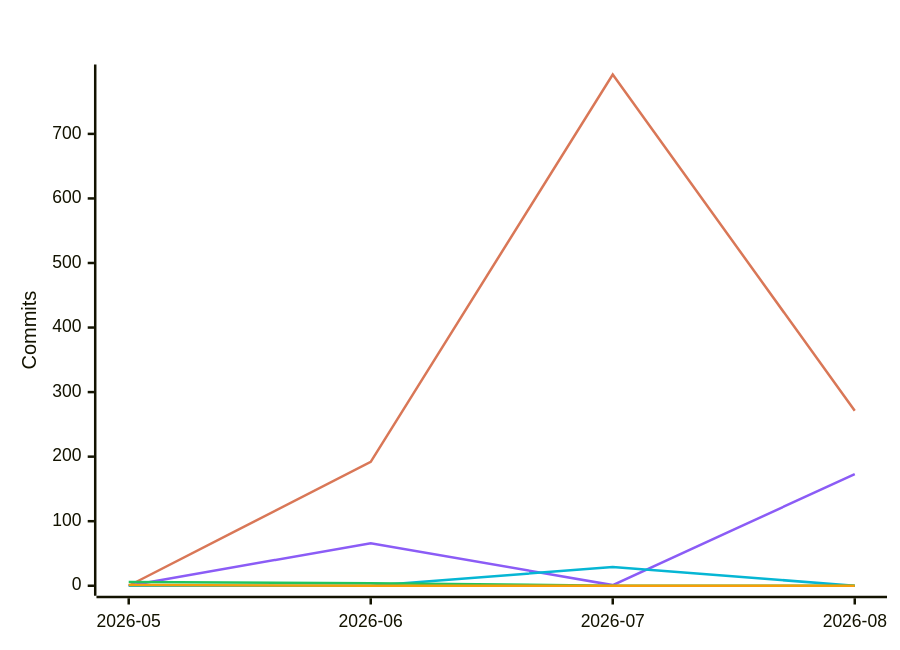
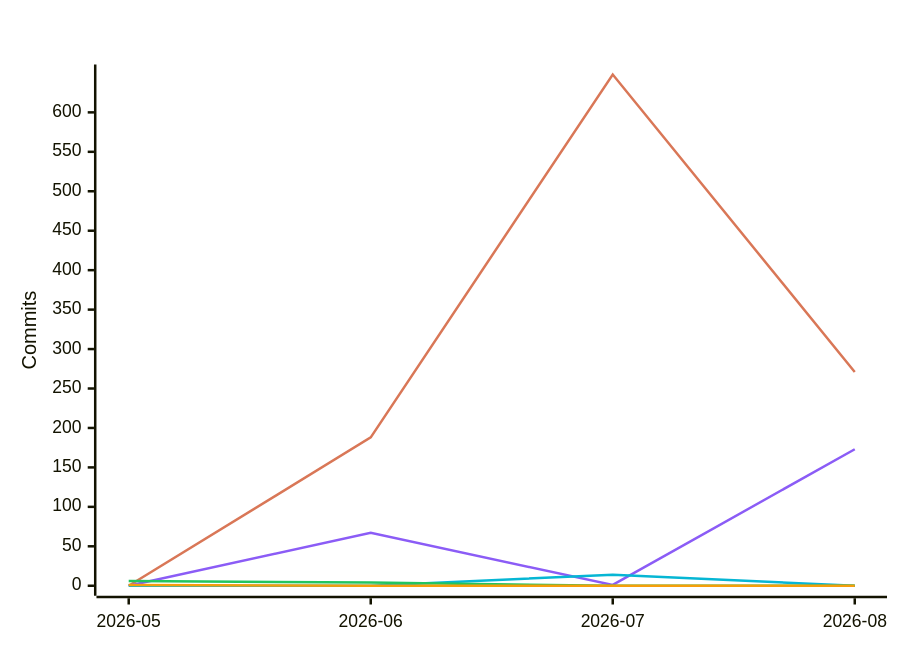
Before and after one commit to polo-nyan/polo-nyan: the fifth of 7 diagrams in README.md, drawn with Mermaid. The commit also changed other lines of this file and 1 other file, not shown here.

````diff
--- a/README.md
+++ b/README.md
@@ -313,12 +313,12 @@
 ```mermaid
 %%{init: {"xyChart": {"titleColor": "#ffffff", "xAxisLabelColor": "#ffffff", "yAxisLabelColor": "#ffffff"}, "themeVariables": {"xyChart": {"titleColor": "#ffffff", "plotColorPalette": "#d97757, #8b5cf6, #06b6d4, #22c55e, #f59e0b, #ec4899"}}}}%%
 xychart-beta
     title "Commits Per Month by Model Family"
     x-axis ["2026-05", "2026-06", "2026-07", "2026-08"]
     y-axis "Commits"
-    line [0, 192, 792, 271]
-    line [0, 66, 1, 173]
-    line [0, 0, 29, 0]
+    line [0, 188, 648, 271]
+    line [0, 67, 1, 173]
+    line [0, 0, 14, 0]
     line [6, 4, 0, 0]
     line [1, 0, 0, 0]
 ```
````
